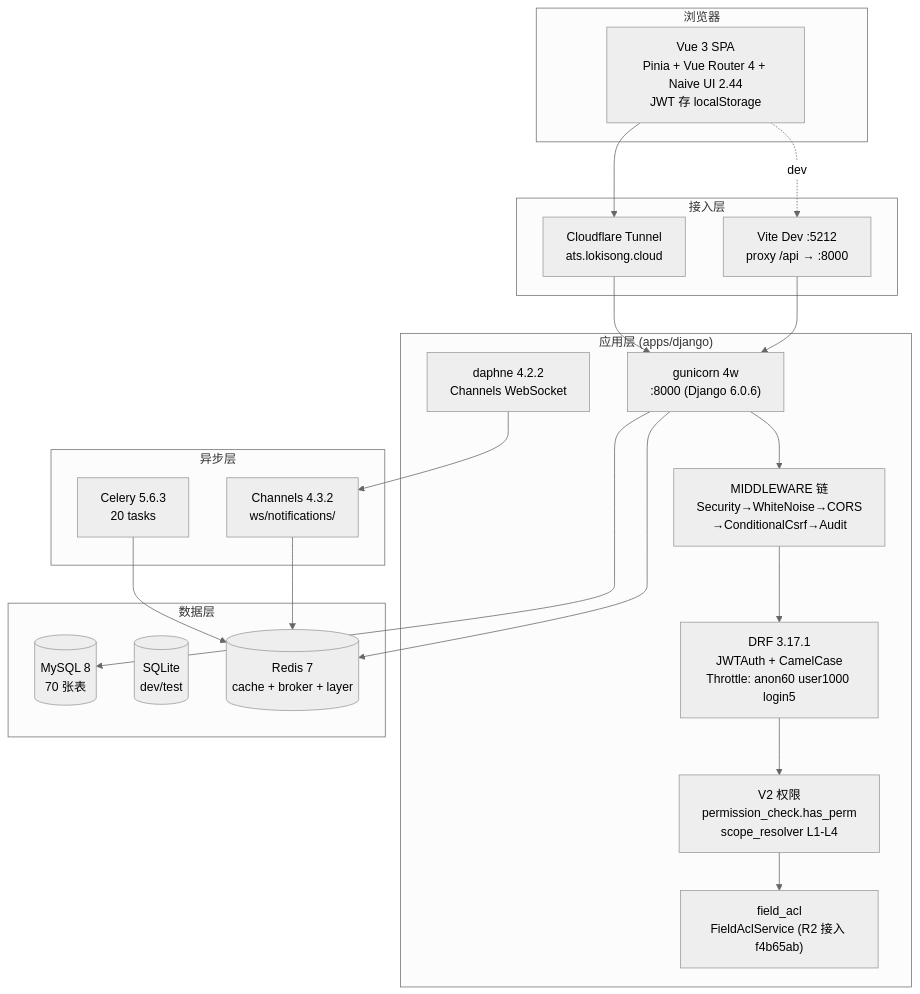
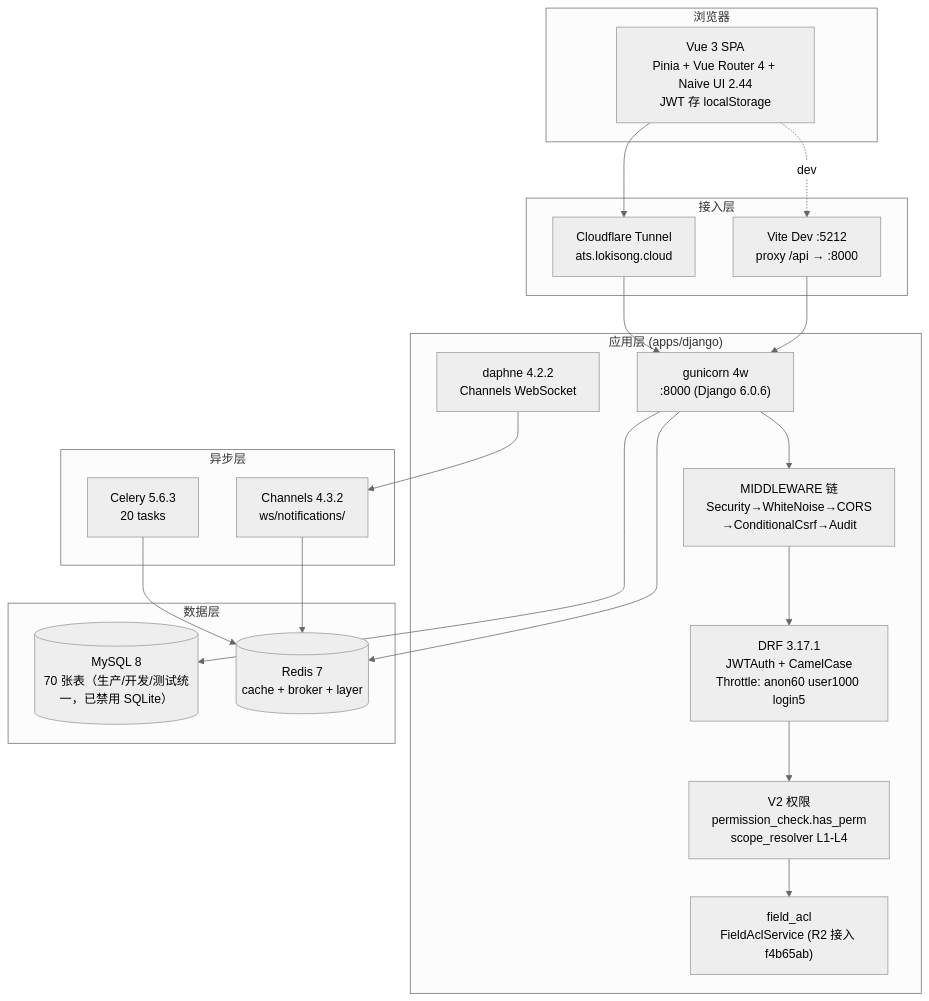
Before and after one commit to Loki124/ATS-NEW: the diagram in docs/02-architecture/technical.md, drawn with Mermaid (neutral theme). The commit also changed other lines of this file and 35 other files, not shown here.

First line of the commit message:
refactor(db): 开发/测试环境彻底移除 SQLite，统一使用 MySQL

````diff
--- a/docs/02-architecture/technical.md
+++ b/docs/02-architecture/technical.md
@@ -29,40 +29,39 @@
 ```mermaid
 graph TB
   subgraph Client["浏览器"]
     SPA["Vue 3 SPA<br/>Pinia + Vue Router 4 + Naive UI 2.44<br/>JWT 存 localStorage"]
   end
 
   subgraph Edge["接入层"]
     CF["Cloudflare Tunnel<br/>ats.lokisong.cloud"]
     VITE["Vite Dev :5212<br/>proxy /api → :8000"]
   end
 
   subgraph App["应用层 (apps/django)"]
     GUN["gunicorn 4w<br/>:8000 (Django 6.0.6)"]
     DAPH["daphne 4.2.2<br/>Channels WebSocket"]
     MW["MIDDLEWARE 链<br/>Security→WhiteNoise→CORS<br/>→ConditionalCsrf→Audit"]
     DRF["DRF 3.17.1<br/>JWTAuth + CamelCase<br/>Throttle: anon60 user1000 login5"]
     V2["V2 权限<br/>permission_check.has_perm<br/>scope_resolver L1-L4"]
     ACL["field_acl<br/>FieldAclService (R2 接入 f4b65ab)"]
   end
 
   subgraph Data["数据层"]
-    MY[("MySQL 8<br/>70 张表")]
-    SQ[("SQLite<br/>dev/test")]
+    MY[("MySQL 8<br/>70 张表（生产/开发/测试统一，已禁用 SQLite）")]
     RD[("Redis 7<br/>cache + broker + layer")]
   end
 
   subgraph Async["异步层"]
     CEL["Celery 5.6.3<br/>20 tasks"]
     CH["Channels 4.3.2<br/>ws/notifications/"]
   end
 
   SPA --> CF --> GUN
   SPA -.dev.-> VITE --> GUN
   GUN --> MW --> DRF --> V2
   V2 --> ACL
   GUN --> MY & RD
   CEL --> RD
   CH --> RD
   DAPH --> CH
 ```
````
